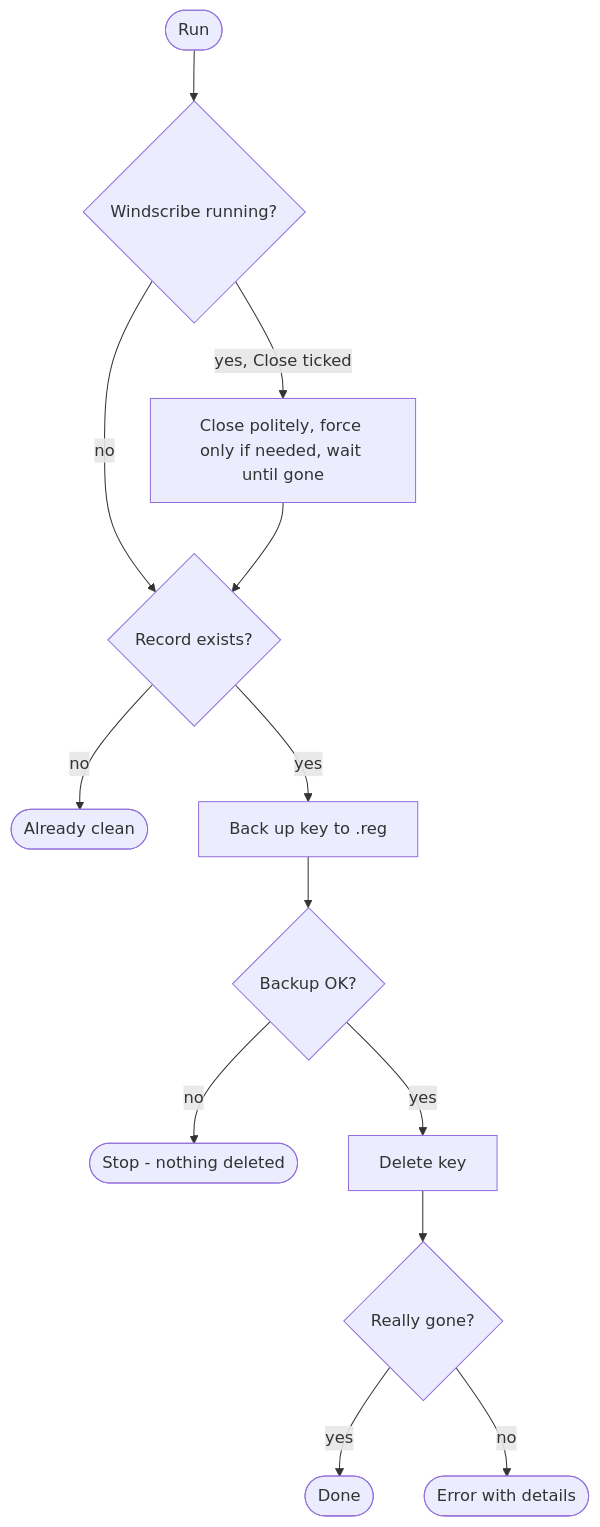
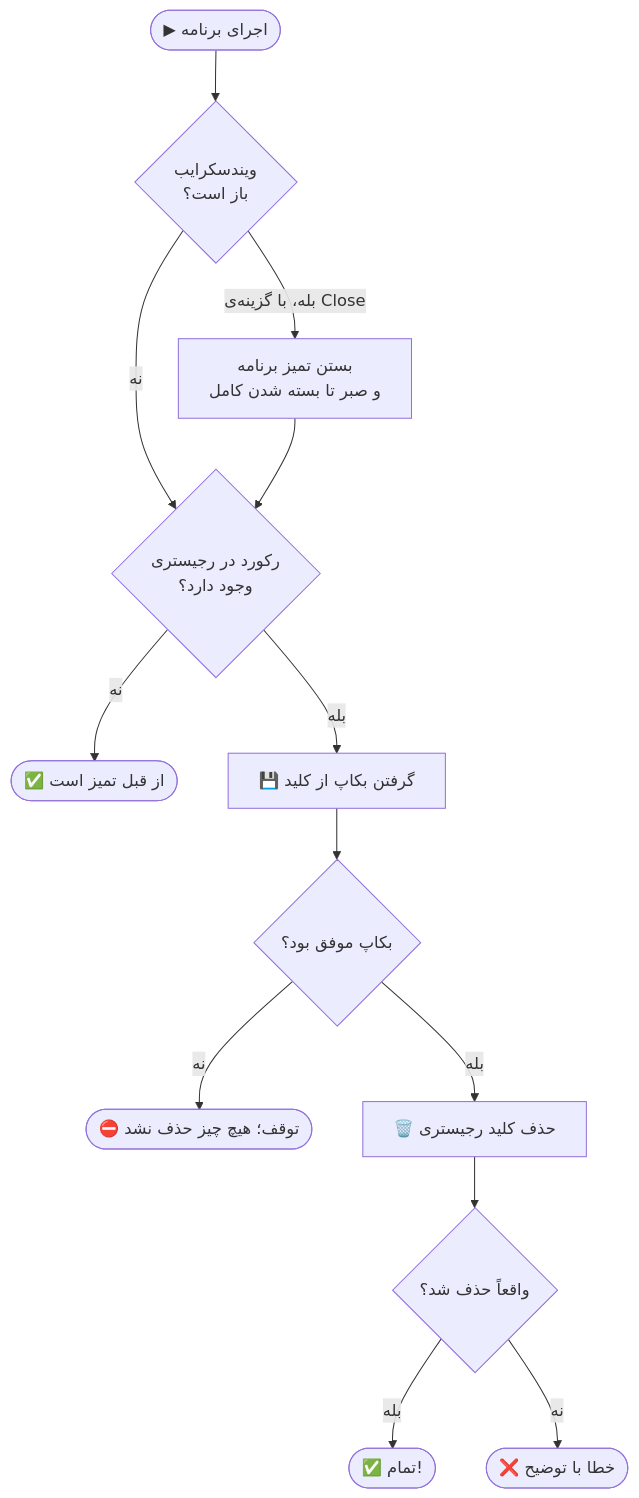
Before and after one commit to imhamiddev/vpn-bypass: the first of 2 diagrams in README.md, drawn with Mermaid. The commit also changed other lines of this file, not shown here.

````diff
--- a/README.md
+++ b/README.md
@@ -55,15 +88,15 @@
 ```mermaid
 flowchart TD
-    A([Run]) --> B{Windscribe running?}
-    B -- "yes, Close ticked" --> C[Close politely, force only if needed, wait until gone]
-    B -- no --> D
-    C --> D{Record exists?}
-    D -- no --> E([Already clean])
-    D -- yes --> F[Back up key to .reg]
-    F --> G{Backup OK?}
-    G -- no --> H([Stop - nothing deleted])
-    G -- yes --> I[Delete key]
-    I --> J{Really gone?}
-    J -- yes --> K([Done])
-    J -- no --> L([Error with details])
+    A([▶ اجرای برنامه]) --> B{ویندسکرایب<br/>باز است؟}
+    B -- "بله، با گزینه‌ی Close" --> C[بستن تمیز برنامه<br/>و صبر تا بسته شدن کامل]
+    B -- نه --> D
+    C --> D{رکورد در رجیستری<br/>وجود دارد؟}
+    D -- نه --> E([✅ از قبل تمیز است])
+    D -- بله --> F[💾 گرفتن بکاپ از کلید]
+    F --> G{بکاپ موفق بود؟}
+    G -- نه --> H([⛔ توقف؛ هیچ چیز حذف نشد])
+    G -- بله --> I[🗑️ حذف کلید رجیستری]
+    I --> J{واقعاً حذف شد؟}
+    J -- بله --> K([✅ تمام!])
+    J -- نه --> L([❌ خطا با توضیح])
 ```
````
